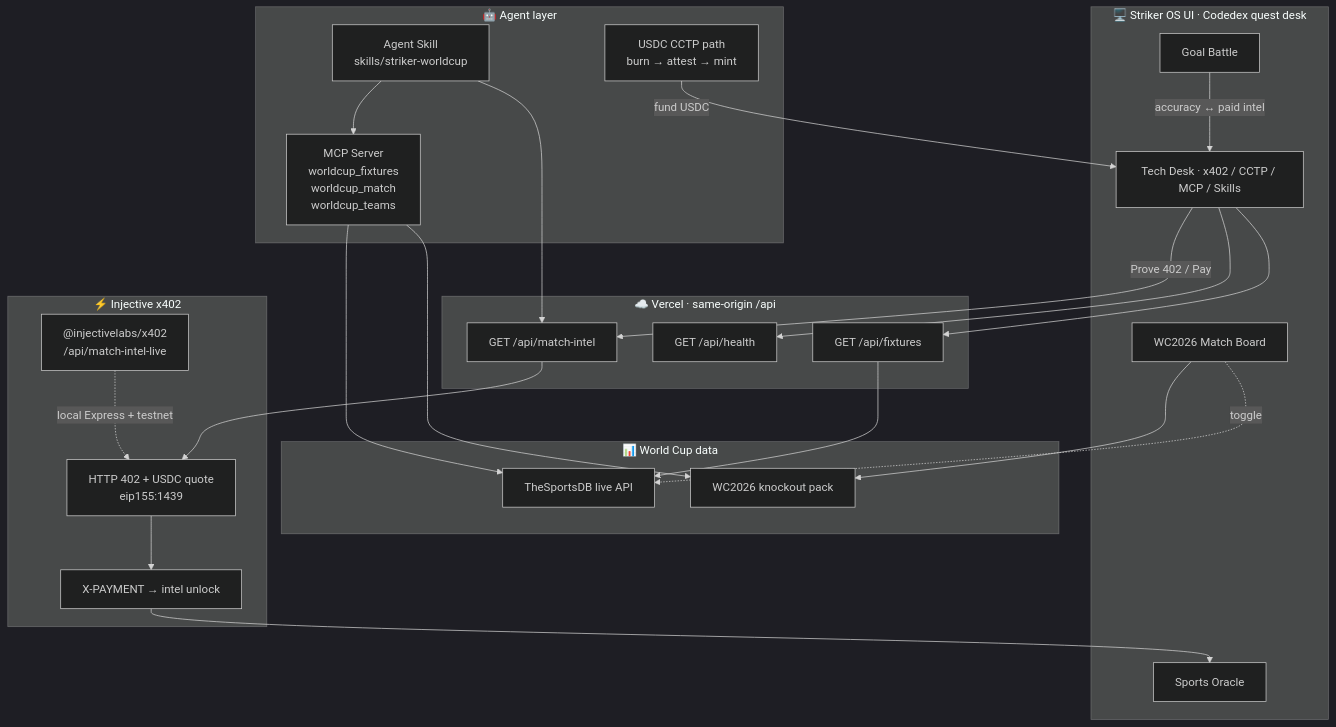
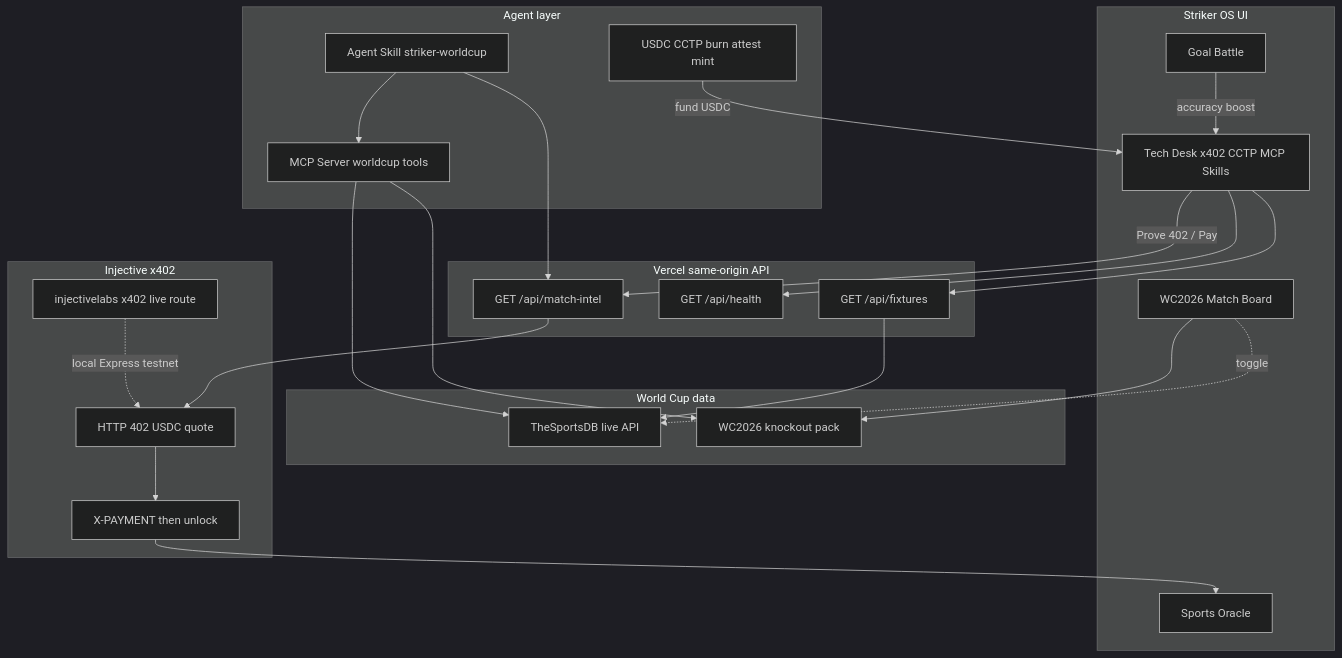
Before and after one commit to thesithunyein/striker-os: the first of 2 diagrams in README.md, drawn with Mermaid (dark theme). The commit also changed other lines of this file and 1 other file, not shown here.

Commit message:
Fix README Mermaid for GitHub; remove decorative avatars/mascot/sprites from UI

````diff
--- a/README.md
+++ b/README.md
@@ -49,48 +49,48 @@
 ```mermaid
 flowchart TB
-  subgraph Client["🖥️ Striker OS UI · Codedex quest desk"]
+  subgraph Client["Striker OS UI"]
     Board["WC2026 Match Board"]
     Oracle["Sports Oracle"]
     Arena["Goal Battle"]
-    Desk["Tech Desk · x402 / CCTP / MCP / Skills"]
+    Desk["Tech Desk x402 CCTP MCP Skills"]
   end
 
-  subgraph Edge["☁️ Vercel · same-origin /api"]
+  subgraph Edge["Vercel same-origin API"]
     Health["GET /api/health"]
     Fixtures["GET /api/fixtures"]
     Intel["GET /api/match-intel"]
   end
 
-  subgraph Pay["⚡ Injective x402"]
-    Q402["HTTP 402 + USDC quote\neip155:1439"]
-    Unlock["X-PAYMENT → intel unlock"]
-    LiveMW["@injectivelabs/x402\n/api/match-intel-live"]
+  subgraph Pay["Injective x402"]
+    Q402["HTTP 402 USDC quote"]
+    Unlock["X-PAYMENT then unlock"]
+    LiveMW["injectivelabs x402 live route"]
   end
 
-  subgraph Agents["🤖 Agent layer"]
-    MCP["MCP Server\nworldcup_fixtures\nworldcup_match\nworldcup_teams"]
-    Skill["Agent Skill\nskills/striker-worldcup"]
-    CCTP["USDC CCTP path\nburn → attest → mint"]
+  subgraph Agents["Agent layer"]
+    MCP["MCP Server worldcup tools"]
+    Skill["Agent Skill striker-worldcup"]
+    CCTP["USDC CCTP burn attest mint"]
   end
 
-  subgraph Data["📊 World Cup data"]
+  subgraph Data["World Cup data"]
     Pack["WC2026 knockout pack"]
     Sports["TheSportsDB live API"]
   end
 
   Desk -->|Prove 402 / Pay| Intel
   Intel --> Q402 --> Unlock
   Unlock --> Oracle
   Desk --> Health
   Desk --> Fixtures
   Board --> Pack
   Board -.->|toggle| Sports
   Fixtures --> Sports
   MCP --> Sports
   MCP --> Pack
   Skill --> MCP
   Skill --> Intel
   CCTP -->|fund USDC| Desk
-  LiveMW -.->|local Express + testnet| Q402
-  Arena -->|accuracy ↔ paid intel| Desk
+  LiveMW -.->|local Express testnet| Q402
+  Arena -->|accuracy boost| Desk
 ```
````
